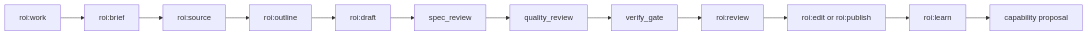
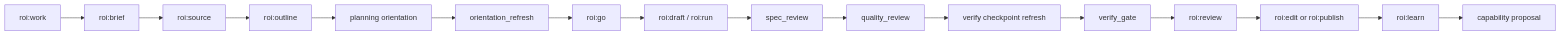
One commit to instagrim-dev/roir changed the first of 2 diagrams in docs/architecture.md. Above: the diagram before and after it, drawn with Mermaid. The commit also changed other lines of this file and 24 other files, not shown here.

First line of the commit message:
feat: expand roi lifecycle service contracts and orientation authority

````diff
--- a/docs/architecture.md
+++ b/docs/architecture.md
@@ -25,14 +26,18 @@
 ```mermaid
 flowchart LR
   A["roi:work"] --> B["roi:brief"]
   B --> C["roi:source"]
   C --> D["roi:outline"]
-  D --> E["roi:draft"]
-  E --> F["spec_review"]
-  F --> G["quality_review"]
-  G --> H["verify_gate"]
-  H --> I["roi:review"]
-  I --> J["roi:edit or roi:publish"]
-  J --> K["roi:learn"]
-  K --> L["capability proposal"]
+  D --> E["planning orientation"]
+  E --> F["orientation_refresh"]
+  F --> G["roi:go"]
+  G --> H["roi:draft / roi:run"]
+  H --> I["spec_review"]
+  I --> J["quality_review"]
+  J --> K["verify checkpoint refresh"]
+  K --> L["verify_gate"]
+  L --> M["roi:review"]
+  M --> N["roi:edit or roi:publish"]
+  N --> O["roi:learn"]
+  O --> P["capability proposal"]
 ```
````
